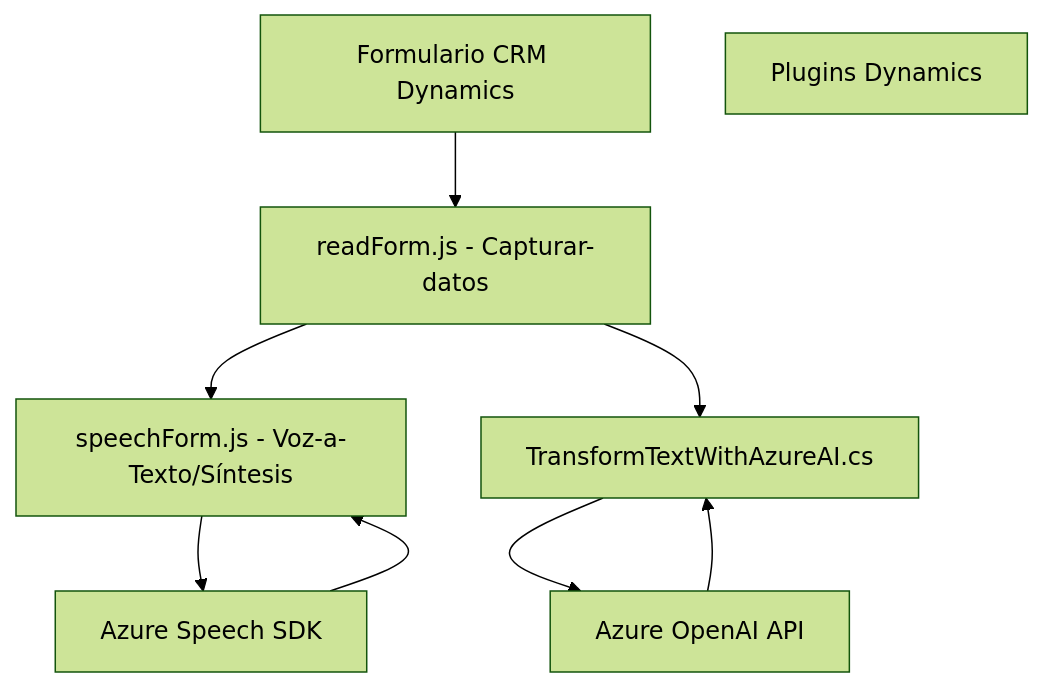
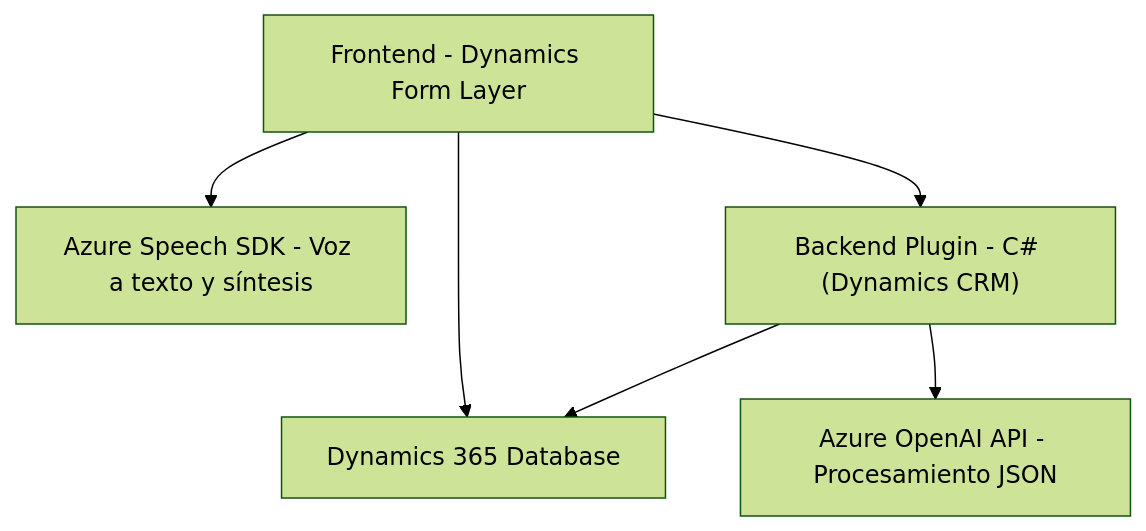
The diagram in README.md (blopezdm/NETCORE_BILBAO2025), drawn with Mermaid (forest theme) before and after one commit. The commit also changed other lines of this file, not shown here.

````diff
--- a/README.md
+++ b/README.md
@@ -42,18 +51,14 @@
 ```mermaid
 graph TD
-    A["Formulario CRM Dynamics"]
-    B["readForm.js - Capturar-datos"]
-    C["speechForm.js - Voz-a-Texto/Síntesis"]
-    D["Azure Speech SDK"]
-    E["Plugins Dynamics"]
-    F["TransformTextWithAzureAI.cs"]
-    G["Azure OpenAI API"]
-
+    A["Frontend - Dynamics Form Layer"]
+    B["Azure Speech SDK - Voz a texto y síntesis"]
+    C["Backend Plugin - C# (Dynamics CRM)"]
+    D["Azure OpenAI API - Procesamiento JSON"]
+    E["Dynamics 365 Database"]
+    
     A --> B
-    B --> C
+    A --> E
+    A --> C
     C --> D
-    B --> F
-    F --> G
-    D --> C
-    G --> F
+    C --> E
 ```
````
